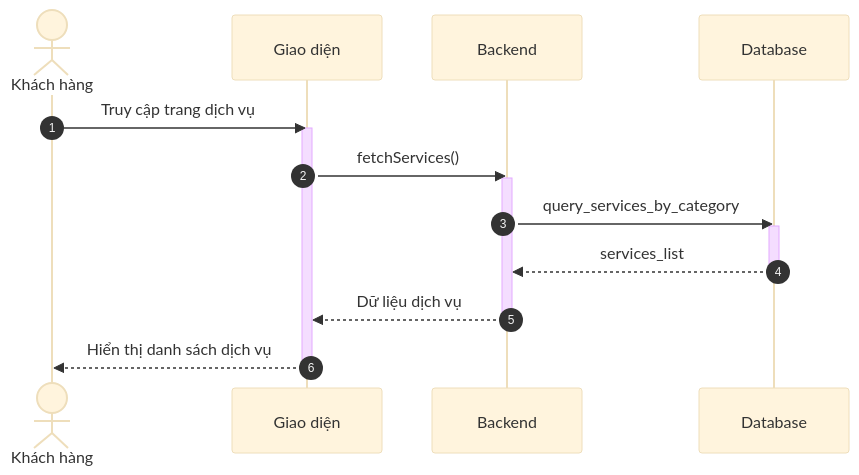
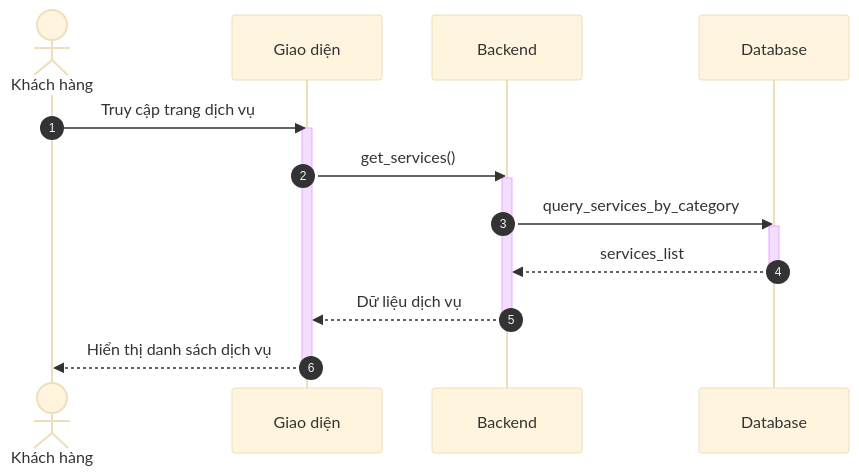
One commit to ngoctinn/Synapse changed the first of 10 diagrams in docs/design/sequences/customer_flows.md. Above: the diagram before and after it, drawn with Mermaid (base theme). The commit also changed other lines of this file and 4 other files, not shown here.

Commit message:
docs: Add activity and sequence diagrams for authentication, customer, receptionist, and technician flows.

````diff
--- a/docs/design/sequences/customer_flows.md
+++ b/docs/design/sequences/customer_flows.md
@@ -28,24 +28,24 @@
 ```mermaid
 sequenceDiagram
     autonumber
     actor KH as Khách hàng
     participant UI as Giao diện
     participant BE as Backend
     participant DB as Database
 
     KH->>UI: Truy cập trang dịch vụ
     activate UI
-    UI->>BE: fetchServices()
+    UI->>BE: get_services()
     activate BE
 
     BE->>DB: query_services_by_category
     activate DB
     DB-->>BE: services_list
     deactivate DB
 
     BE-->>UI: Dữ liệu dịch vụ
     deactivate BE
 
     UI-->>KH: Hiển thị danh sách dịch vụ
     deactivate UI
 ```
````
